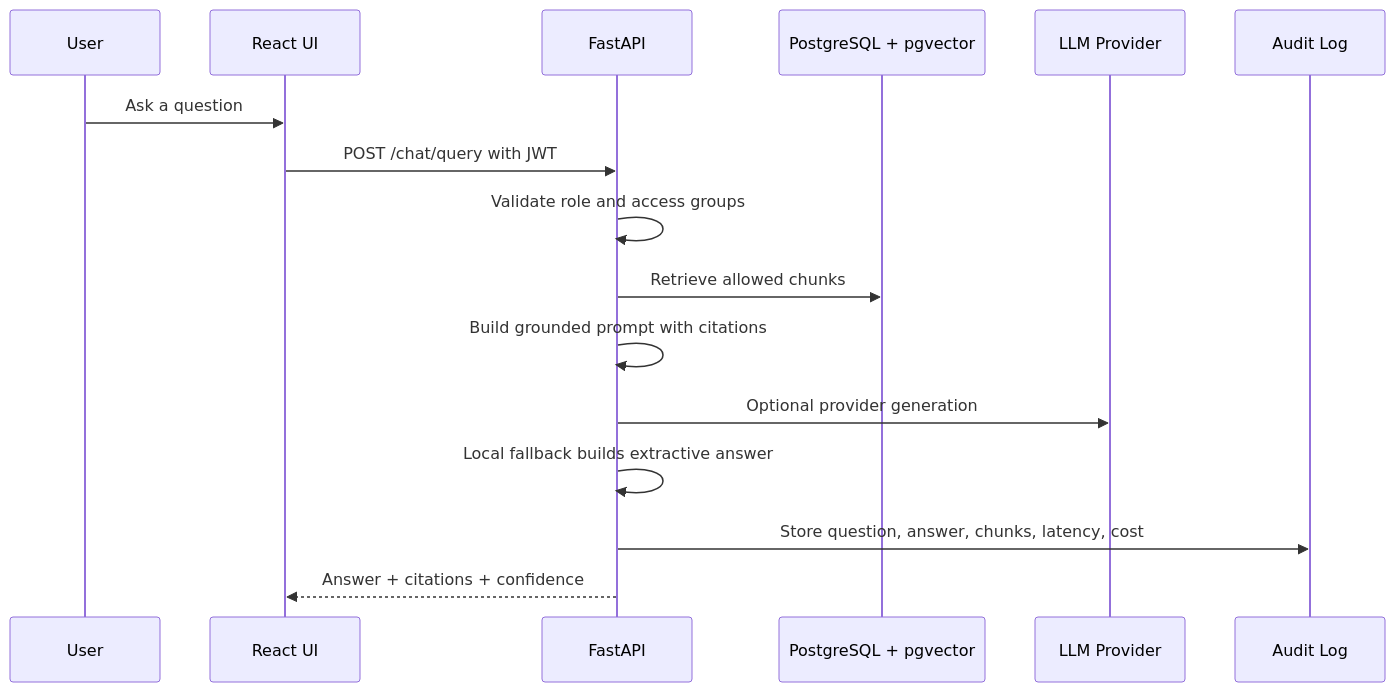
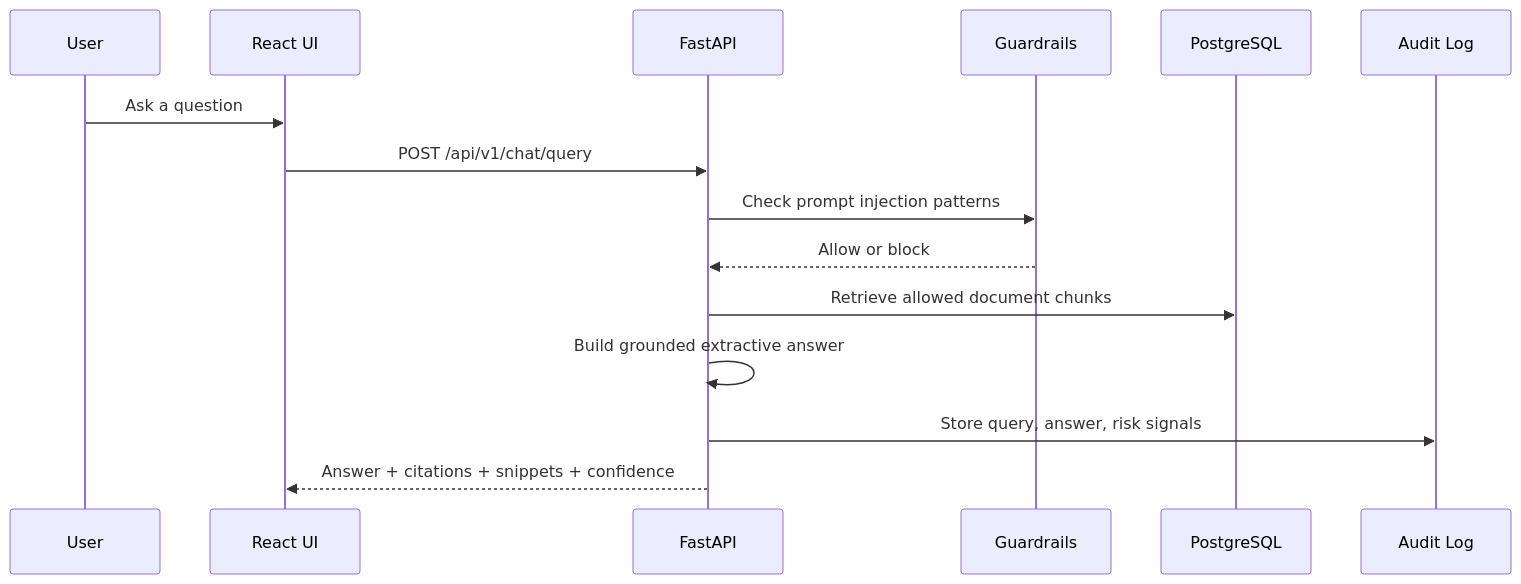
One commit to rahul2333/enterprise-rag-governance changed the second of 2 diagrams in README.md. Above: the diagram before and after it, drawn with Mermaid. The commit also changed other lines of this file, not shown here.

````diff
--- a/README.md
+++ b/README.md
@@ -63,19 +97,18 @@
 ```mermaid
 sequenceDiagram
   participant User
   participant UI as React UI
   participant API as FastAPI
-  participant DB as PostgreSQL + pgvector
-  participant LLM as LLM Provider
+  participant Guard as Guardrails
+  participant DB as PostgreSQL
   participant Audit as Audit Log
 
   User->>UI: Ask a question
-  UI->>API: POST /chat/query with JWT
-  API->>API: Validate role and access groups
-  API->>DB: Retrieve allowed chunks
-  API->>API: Build grounded prompt with citations
-  API->>LLM: Optional provider generation
-  API->>API: Local fallback builds extractive answer
-  API->>Audit: Store question, answer, chunks, latency, cost
-  API-->>UI: Answer + citations + confidence
+  UI->>API: POST /api/v1/chat/query
+  API->>Guard: Check prompt injection patterns
+  Guard-->>API: Allow or block
+  API->>DB: Retrieve allowed document chunks
+  API->>API: Build grounded extractive answer
+  API->>Audit: Store query, answer, risk signals
+  API-->>UI: Answer + citations + snippets + confidence
 ```
````
